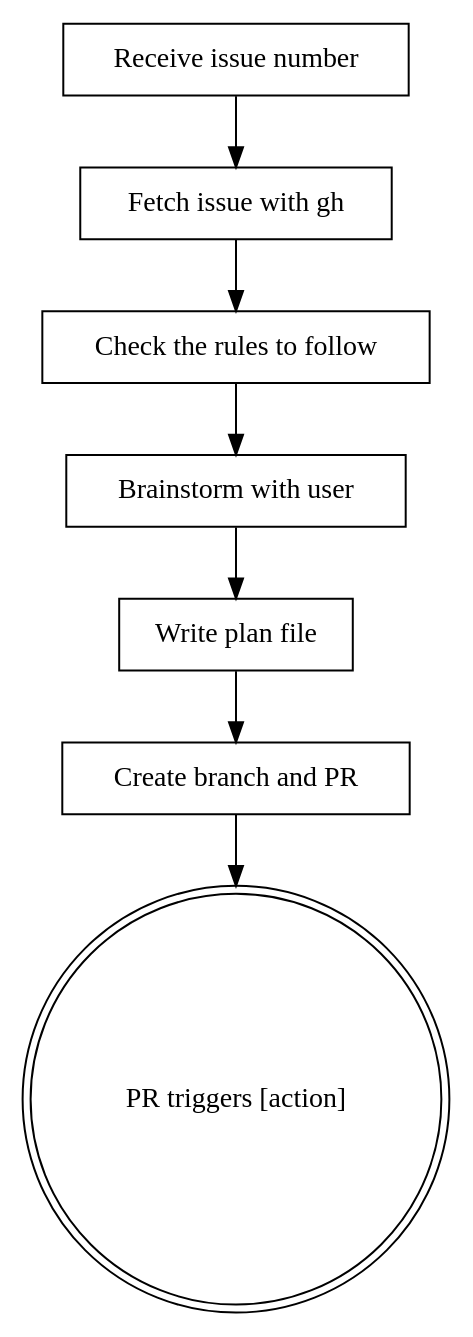
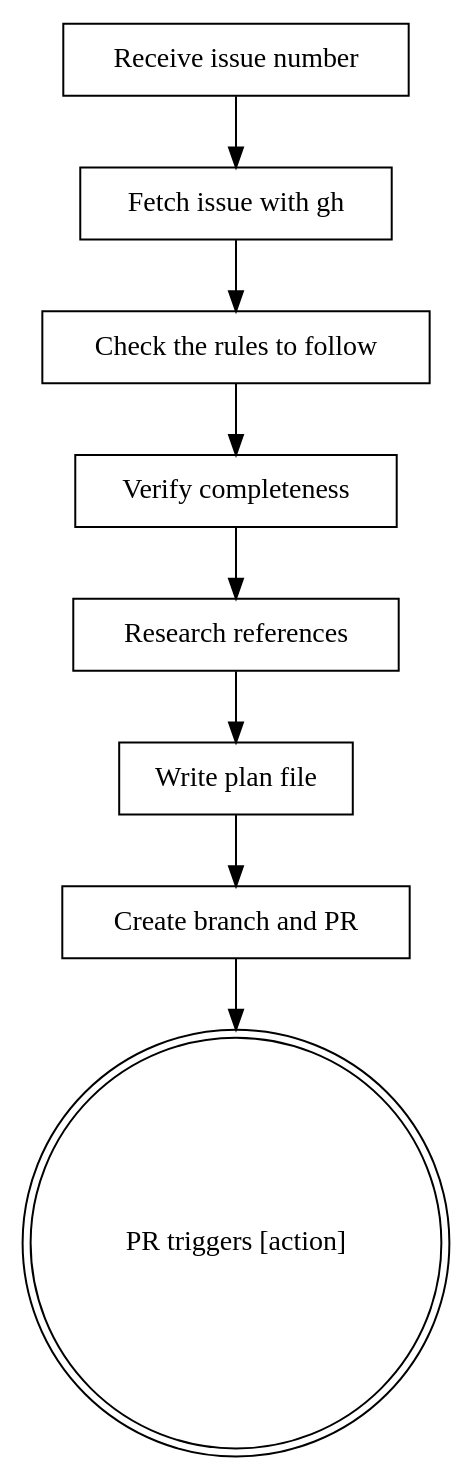
The diagram in .claude/skills/issue-to-pr.md (CodingThrust/problem-reductions), drawn with Graphviz before and after one commit. The commit also changed other lines of this file and 2 other files, not shown here.

````diff
--- a/.claude/skills/issue-to-pr.md
+++ b/.claude/skills/issue-to-pr.md
@@ -18,18 +18,20 @@
 ```dot
 digraph issue_to_pr {
     "Receive issue number" [shape=box];
     "Fetch issue with gh" [shape=box];
     "Check the rules to follow" [shape=box];
-    "Brainstorm with user" [shape=box];
+    "Verify completeness" [shape=box];
+    "Research references" [shape=box];
     "Write plan file" [shape=box];
     "Create branch and PR" [shape=box];
     "PR triggers [action]" [shape=doublecircle];
 
     "Receive issue number" -> "Fetch issue with gh";
     "Fetch issue with gh" -> "Check the rules to follow";
-    "Check the rules to follow" -> "Brainstorm with user";
-    "Brainstorm with user" -> "Write plan file";
+    "Check the rules to follow" -> "Verify completeness";
+    "Verify completeness" -> "Research references";
+    "Research references" -> "Write plan file";
     "Write plan file" -> "Create branch and PR";
     "Create branch and PR" -> "PR triggers [action]";
 }
 ```
````
